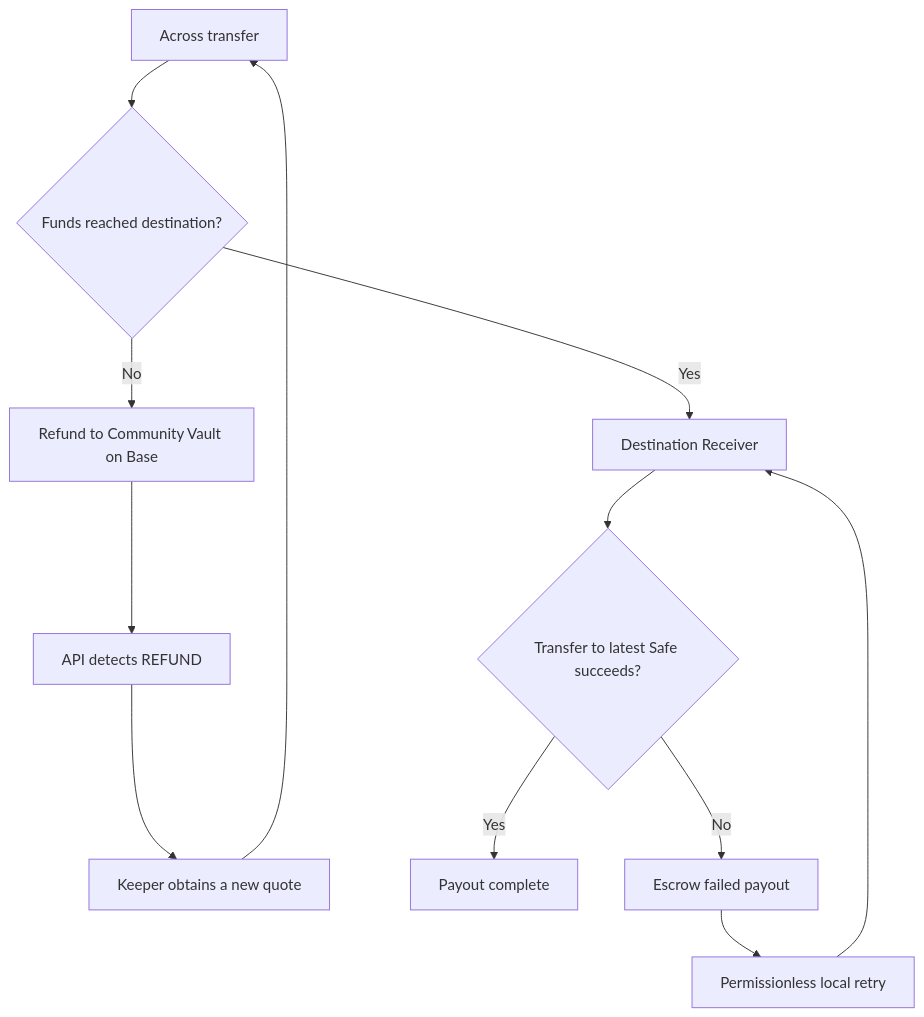
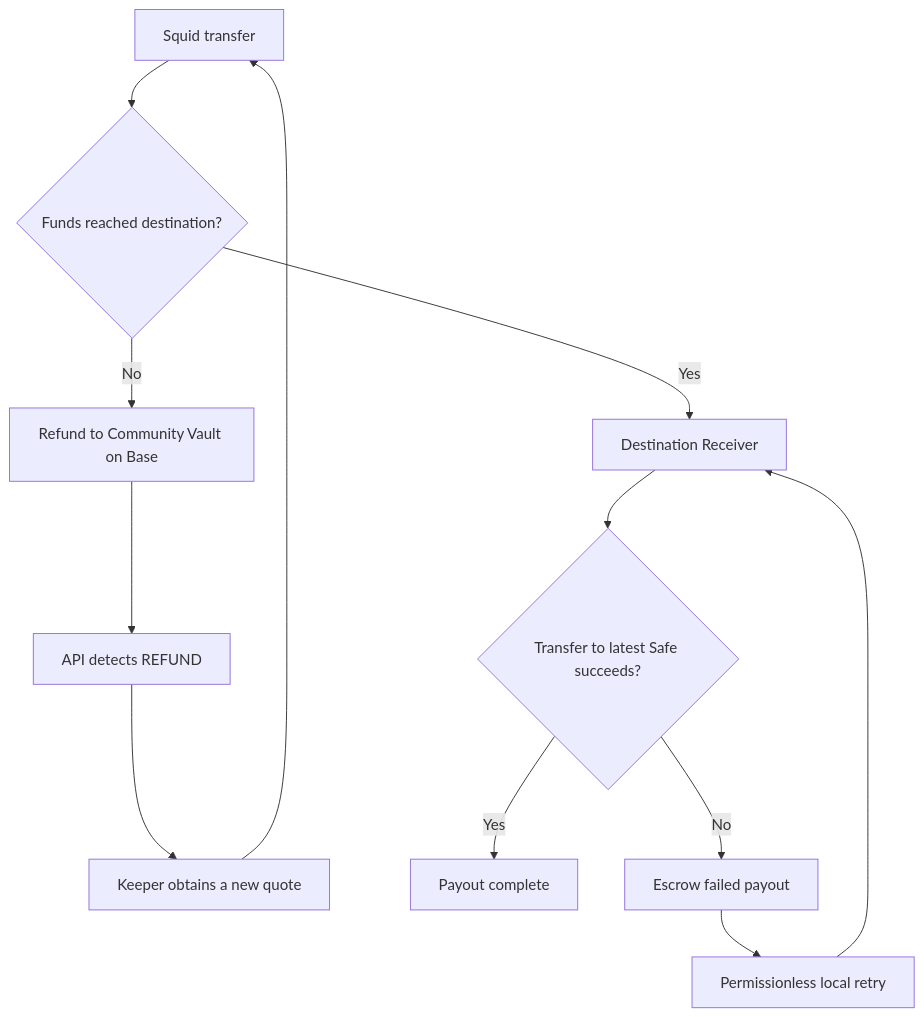
One commit to 1Hive/gardens-v2 changed the fourth of 4 diagrams in plans/MARKEE_INTEGRATION_PLAN.md. Above: the diagram before and after it, drawn with Mermaid. The commit also changed other lines of this file and 94 other files, not shown here.

````diff
--- a/plans/MARKEE_INTEGRATION_PLAN.md
+++ b/plans/MARKEE_INTEGRATION_PLAN.md
@@ -250,15 +250,15 @@
 ```mermaid
 flowchart TD
-    Start["Across transfer"] --> Arrived{"Funds reached destination?"}
+    Start["Squid transfer"] --> Arrived{"Funds reached destination?"}
     Arrived -->|"No"| Refund["Refund to Community Vault on Base"]
     Refund --> Detect["API detects REFUND"]
     Detect --> Requote["Keeper obtains a new quote"]
     Requote --> Start
 
     Arrived -->|"Yes"| Receiver["Destination Receiver"]
     Receiver --> SafeCall{"Transfer to latest Safe succeeds?"}
     SafeCall -->|"Yes"| Complete["Payout complete"]
     SafeCall -->|"No"| Escrow["Escrow failed payout"]
     Escrow --> Retry["Permissionless local retry"]
     Retry --> Receiver
 ```
````
